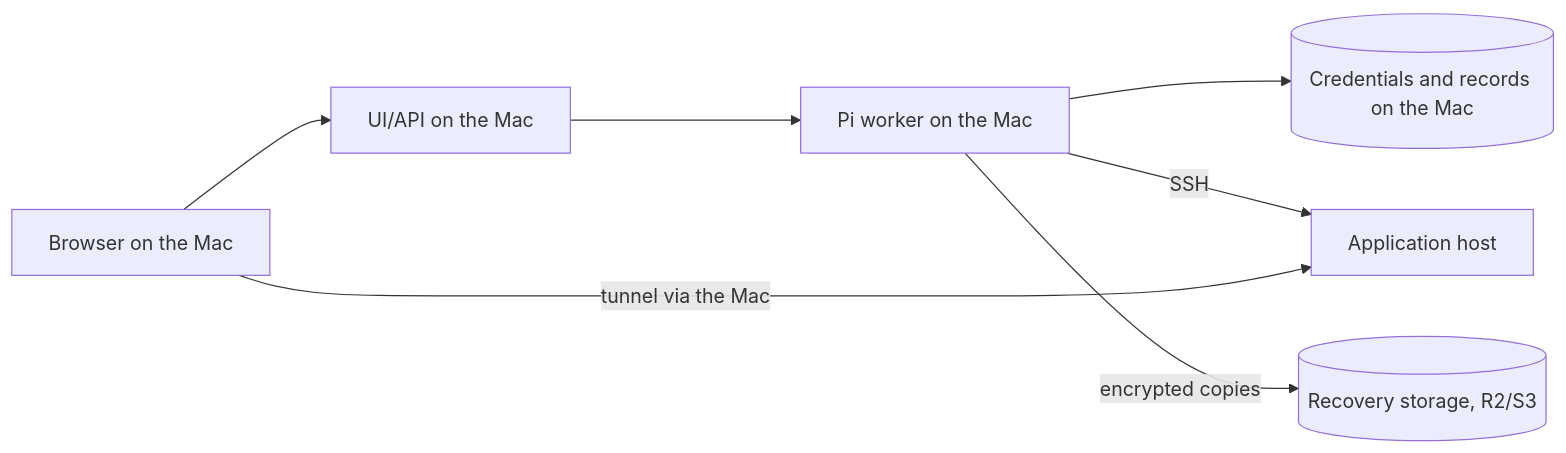
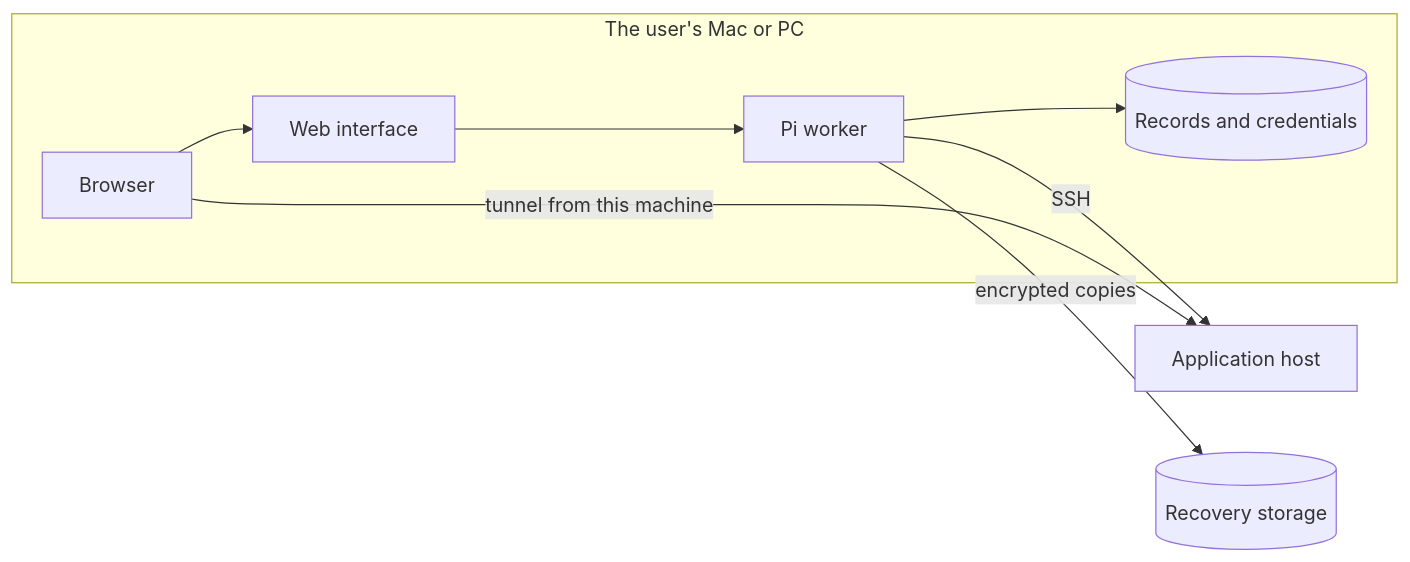
One commit to lustoykov/hallvi changed the first of 3 diagrams in docs/design/always-on-concept.md. Above: the diagram before and after it, drawn with Mermaid. The commit also changed other lines of this file and 1 other file, not shown here.

First line of the commit message:
Rewrite the always-on note as a ladder the user climbs

````diff
--- a/docs/design/always-on-concept.md
+++ b/docs/design/always-on-concept.md
@@ -23,9 +27,15 @@
 ```mermaid
 flowchart LR
-  B[Browser on the Mac] --> UI[UI/API on the Mac]
-  UI --> W[Pi worker on the Mac]
-  W --> C[(Credentials and records on the Mac)]
+  B[Browser] --> UI[Web interface]
+  UI --> W[Pi worker]
+  W --> C[(Records and credentials)]
   W -- SSH --> H[Application host]
-  B -- tunnel via the Mac --> H
-  W -- encrypted copies --> R[(Recovery storage, R2/S3)]
+  B -- tunnel from this machine --> H
+  W -- encrypted copies --> R[(Recovery storage)]
+  subgraph The user's Mac or PC
+    B
+    UI
+    W
+    C
+  end
 ```
````
